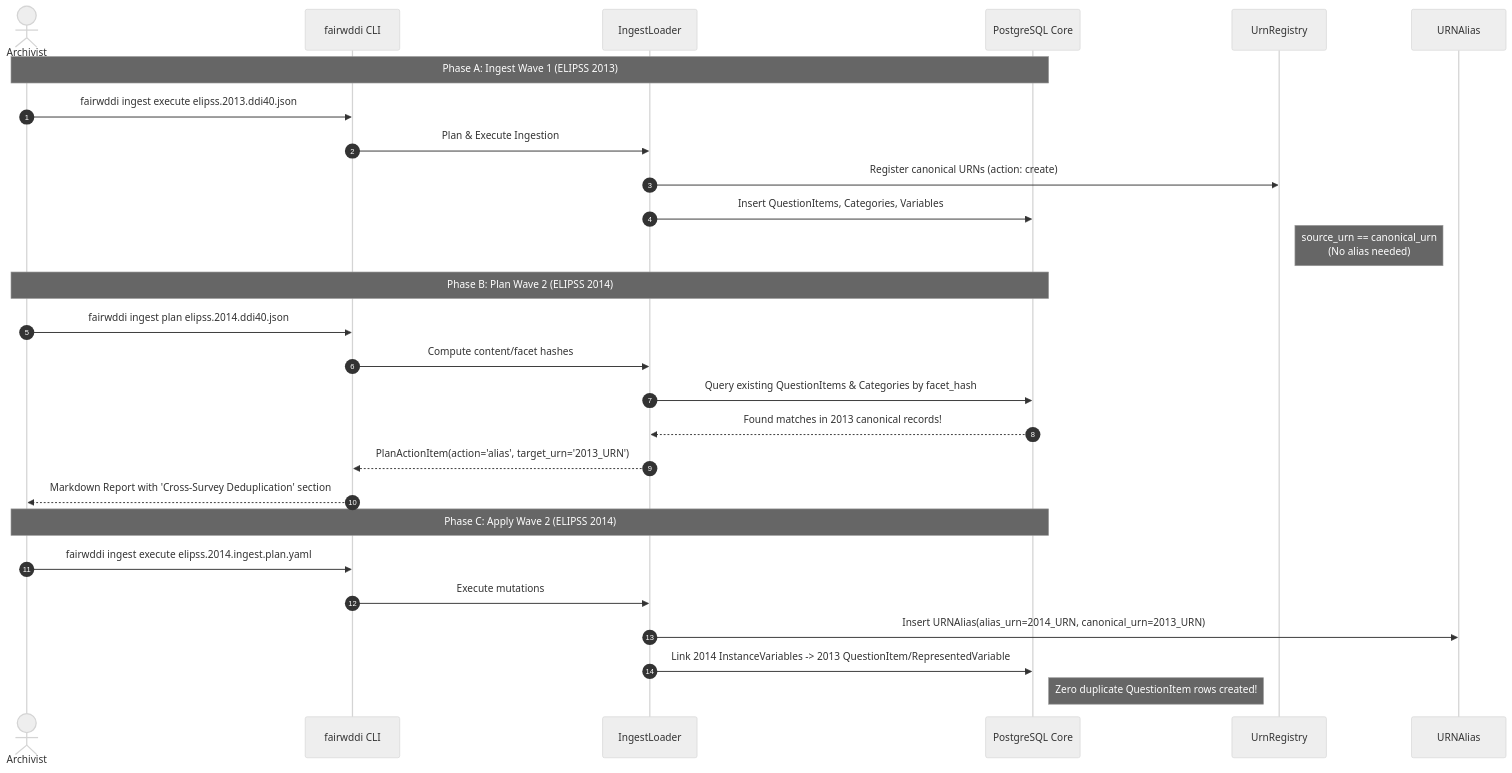
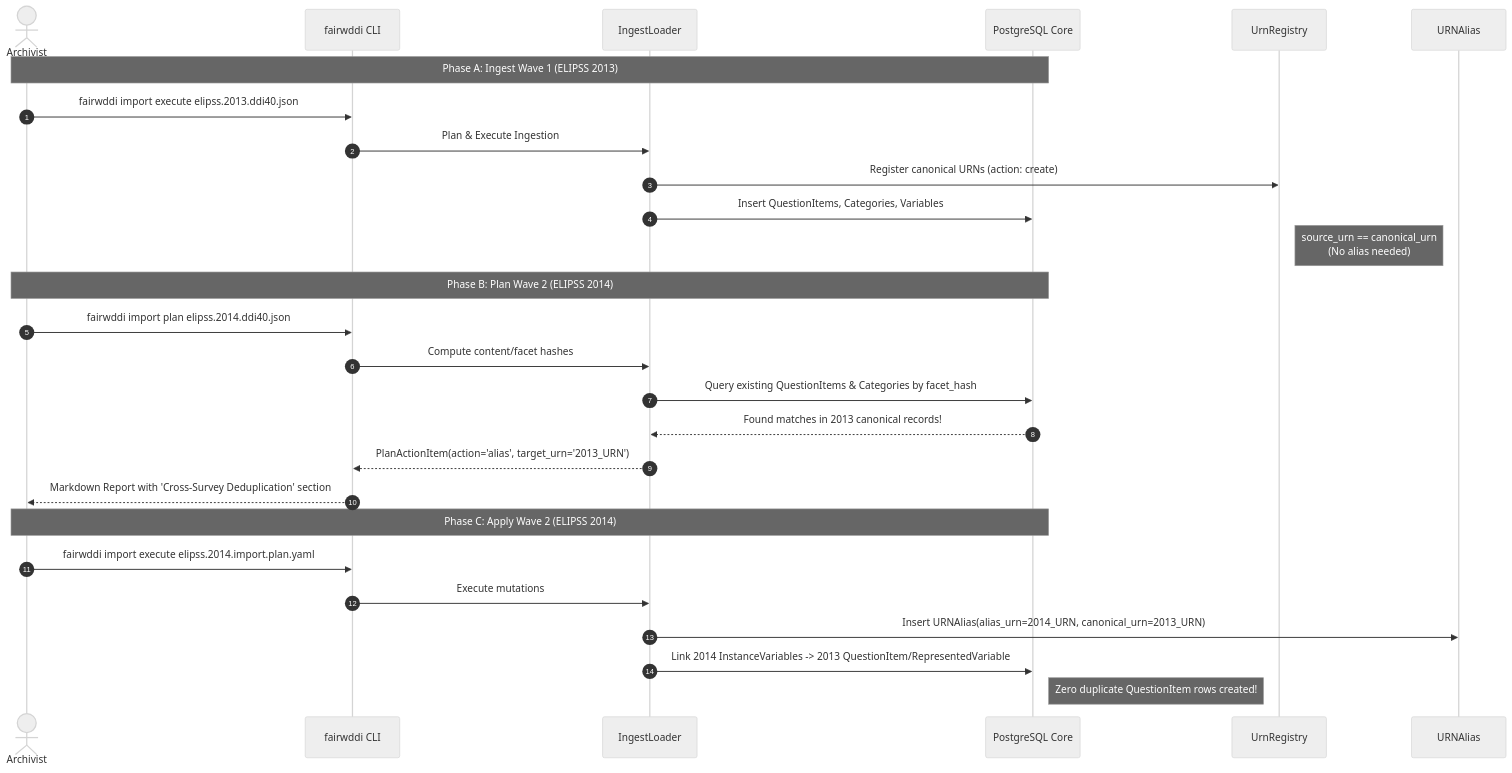
Before and after one commit to PlgaH/fairwddi-wp3-3: the fourth of 5 diagrams in deliverables/research/ingestion_workflows.md, drawn with Mermaid (neutral theme). The commit also changed other lines of this file and 163 other files, not shown here.

````diff
--- a/deliverables/research/ingestion_workflows.md
+++ b/deliverables/research/ingestion_workflows.md
@@ -531,32 +531,32 @@
 ```mermaid
 sequenceDiagram
     autonumber
     actor Archivist
     participant CLI as fairwddi CLI
     participant Loader as IngestLoader
     participant DB as PostgreSQL Core
     participant Registry as UrnRegistry
     participant Alias as URNAlias
 
     Note over Archivist,DB: Phase A: Ingest Wave 1 (ELIPSS 2013)
-    Archivist->>CLI: fairwddi ingest execute elipss.2013.ddi40.json
+    Archivist->>CLI: fairwddi import execute elipss.2013.ddi40.json
     CLI->>Loader: Plan & Execute Ingestion
     Loader->>Registry: Register canonical URNs (action: create)
     Loader->>DB: Insert QuestionItems, Categories, Variables
     Note right of Registry: source_urn == canonical_urn<br/>(No alias needed)
 
     Note over Archivist,DB: Phase B: Plan Wave 2 (ELIPSS 2014)
-    Archivist->>CLI: fairwddi ingest plan elipss.2014.ddi40.json
+    Archivist->>CLI: fairwddi import plan elipss.2014.ddi40.json
     CLI->>Loader: Compute content/facet hashes
     Loader->>DB: Query existing QuestionItems & Categories by facet_hash
     DB-->>Loader: Found matches in 2013 canonical records!
     Loader-->>CLI: PlanActionItem(action='alias', target_urn='2013_URN')
     CLI-->>Archivist: Markdown Report with 'Cross-Survey Deduplication' section
 
     Note over Archivist,DB: Phase C: Apply Wave 2 (ELIPSS 2014)
-    Archivist->>CLI: fairwddi ingest execute elipss.2014.ingest.plan.yaml
+    Archivist->>CLI: fairwddi import execute elipss.2014.import.plan.yaml
     CLI->>Loader: Execute mutations
     Loader->>Alias: Insert URNAlias(alias_urn=2014_URN, canonical_urn=2013_URN)
     Loader->>DB: Link 2014 InstanceVariables -> 2013 QuestionItem/RepresentedVariable
     Note right of DB: Zero duplicate QuestionItem rows created!
 ```
````
